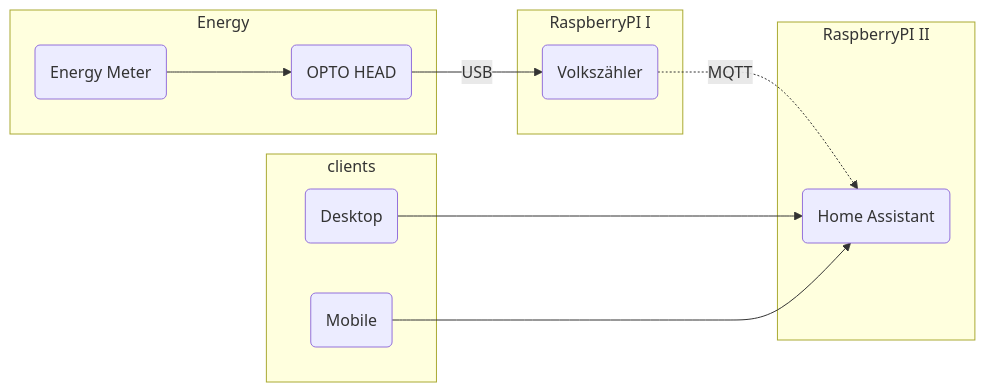
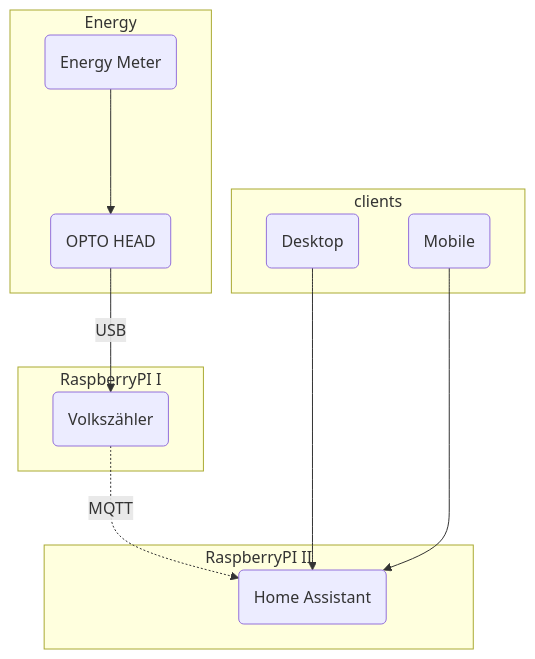
One commit to rangulvers/smart_meter_setup changed the diagram in README.md. Above: the diagram before and after it, drawn with Mermaid.

````diff
--- a/README.md
+++ b/README.md
@@ -10,18 +10,18 @@
 ```mermaid
 
-flowchart LR
+flowchart TB
         subgraph Energy
         A(Energy Meter) ---> B(OPTO HEAD)        
         end
         subgraph RaspberryPI I
         B --USB--> C(Volkszähler)
         end
         subgraph RaspberryPI II
         C -.MQTT.-> D(Home Assistant)
         end
         subgraph clients
         E(Desktop) ---> D(Home Assistant)
         F(Mobile) ---> D(Home Assistant)
         end
         
 ```
````
